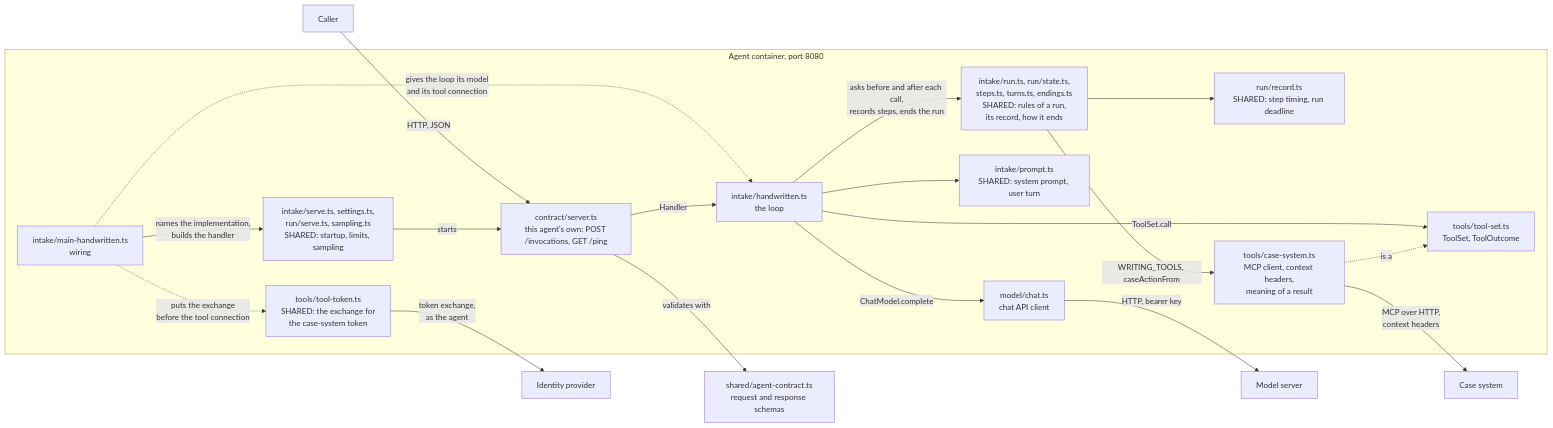
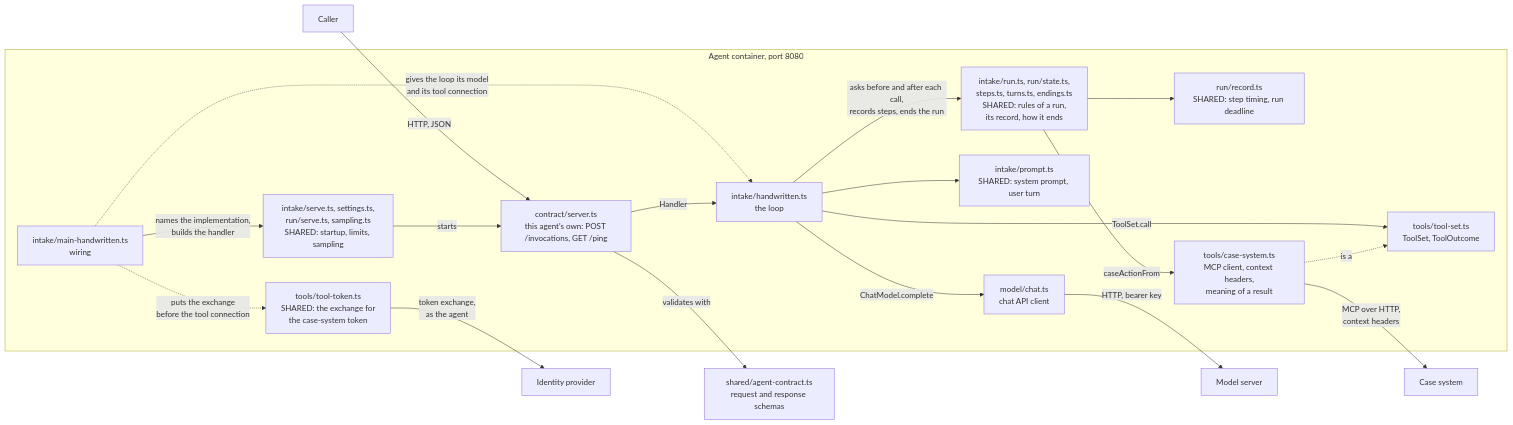
The first of 4 diagrams in docs/architecture/intake-agent-handwritten.md (AndrewPHunter/ai-on-aws), drawn with Mermaid before and after one commit. The commit also changed other lines of this file and 6 other files, not shown here.

````diff
--- a/docs/architecture/intake-agent-handwritten.md
+++ b/docs/architecture/intake-agent-handwritten.md
@@ -26,41 +26,41 @@
 ```mermaid
 flowchart LR
     Caller["Caller"]
 
     subgraph Agent["Agent container, port 8080"]
         Main["intake/main-handwritten.ts<br/>wiring"]
         Serve["intake/serve.ts, settings.ts,<br/>run/serve.ts, sampling.ts<br/>SHARED: startup, limits, sampling"]
         Server["contract/server.ts<br/>this agent's own: POST /invocations, GET /ping"]
         Loop["intake/handwritten.ts<br/>the loop"]
         Run["intake/run.ts, run/state.ts,<br/>steps.ts, turns.ts, endings.ts<br/>SHARED: rules of a run,<br/>its record, how it ends"]
         Prompt["intake/prompt.ts<br/>SHARED: system prompt, user turn"]
         Record["run/record.ts<br/>SHARED: step timing, run deadline"]
         ToolSet["tools/tool-set.ts<br/>ToolSet, ToolOutcome"]
         CaseTools["tools/case-system.ts<br/>MCP client, context headers,<br/>meaning of a result"]
         Exchange["tools/tool-token.ts<br/>SHARED: the exchange for<br/>the case-system token"]
         Chat["model/chat.ts<br/>chat API client"]
     end
 
     Contract["shared/agent-contract.ts<br/>request and response schemas"]
     Model["Model server"]
     Cases["Case system"]
     Identity["Identity provider"]
 
     Caller -->|"HTTP, JSON"| Server
     Main -->|"names the implementation,<br/>builds the handler"| Serve
     Serve -->|"starts"| Server
     Main -. "gives the loop its model<br/>and its tool connection" .-> Loop
     Main -. "puts the exchange<br/>before the tool connection" .-> Exchange
     Exchange -->|"token exchange,<br/>as the agent"| Identity
     Server -->|"Handler"| Loop
     Loop --> Prompt
     Loop -->|"asks before and after each call,<br/>records steps, ends the run"| Run
     Run --> Record
     Loop -->|"ChatModel.complete"| Chat
     Loop -->|"ToolSet.call"| ToolSet
     CaseTools -. "is a" .-> ToolSet
-    Run -->|"WRITING_TOOLS, caseActionFrom"| CaseTools
+    Run -->|"caseActionFrom"| CaseTools
     Server -->|"validates with"| Contract
     Chat -->|"HTTP, bearer key"| Model
     CaseTools -->|"MCP over HTTP,<br/>context headers"| Cases
 ```
````
